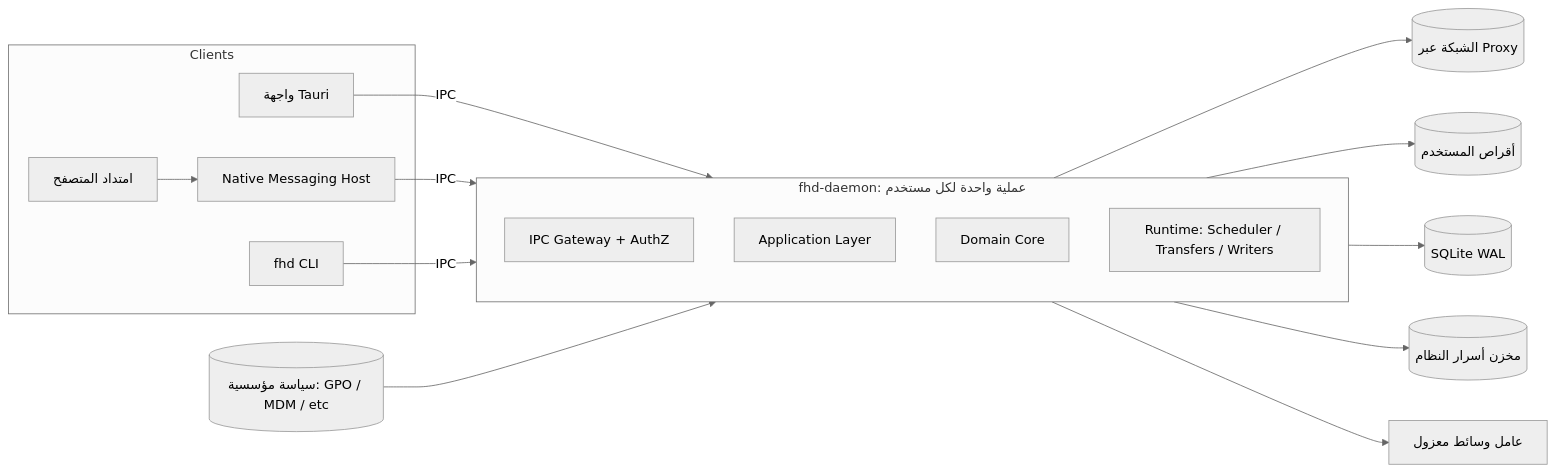
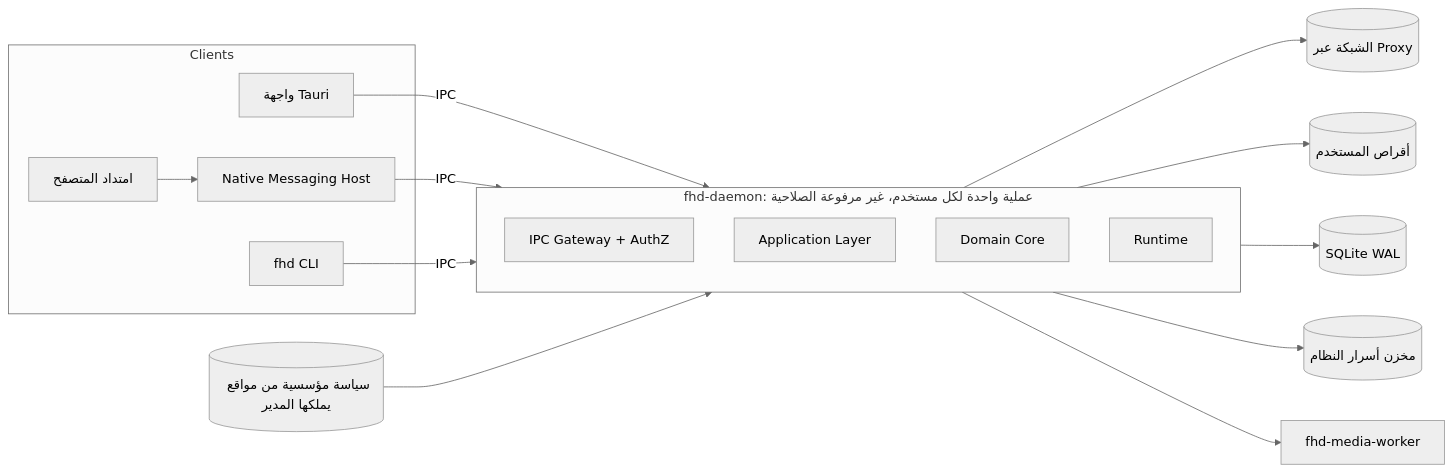
One commit to FMalki1406/FHD changed the first of 4 diagrams in docs/enterprise-engine-architecture.md. Above: the diagram before and after it, drawn with Mermaid (neutral theme). The commit also changed other lines of this file and 6 other files, not shown here.

First line of the commit message:
Align domain state machine with reviewed architecture v4

````diff
--- a/docs/enterprise-engine-architecture.md
+++ b/docs/enterprise-engine-architecture.md
@@ -31,23 +33,23 @@
 ```mermaid
 flowchart LR
   subgraph Clients
     UI[واجهة Tauri]
     EXT[امتداد المتصفح] --> NMH[Native Messaging Host]
     CLI[fhd CLI]
   end
   UI -- IPC --> D
   NMH -- IPC --> D
   CLI -- IPC --> D
-  subgraph D[fhd-daemon: عملية واحدة لكل مستخدم]
+  subgraph D[fhd-daemon: عملية واحدة لكل مستخدم، غير مرفوعة الصلاحية]
     API[IPC Gateway + AuthZ]
     APP[Application Layer]
     CORE[Domain Core]
-    RT[Runtime: Scheduler / Transfers / Writers]
+    RT[Runtime]
   end
-  POL[(سياسة مؤسسية: GPO / MDM / etc)] --> D
+  POL[(سياسة مؤسسية من مواقع يملكها المدير)] --> D
   D --> NET[(الشبكة عبر Proxy)]
   D --> FS[(أقراص المستخدم)]
   D --> DB[(SQLite WAL)]
   D --> VAULT[(مخزن أسرار النظام)]
-  D --> MW[عامل وسائط معزول]
+  D --> MW[fhd-media-worker]
 ```
````
